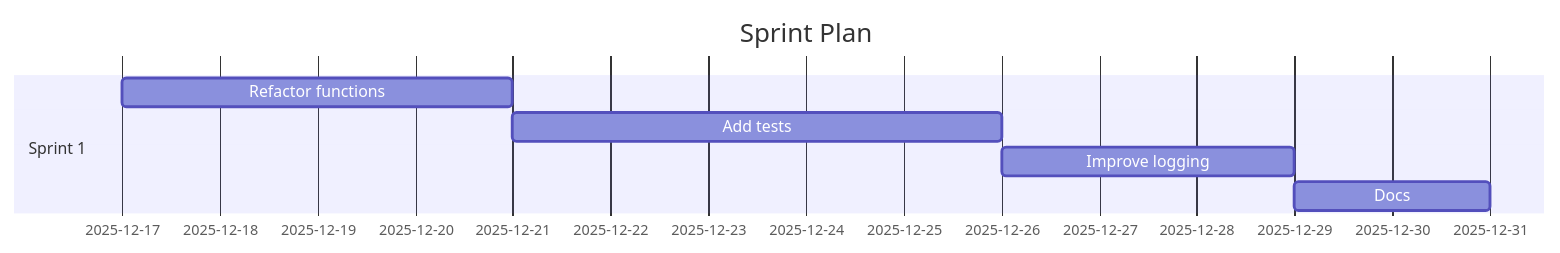
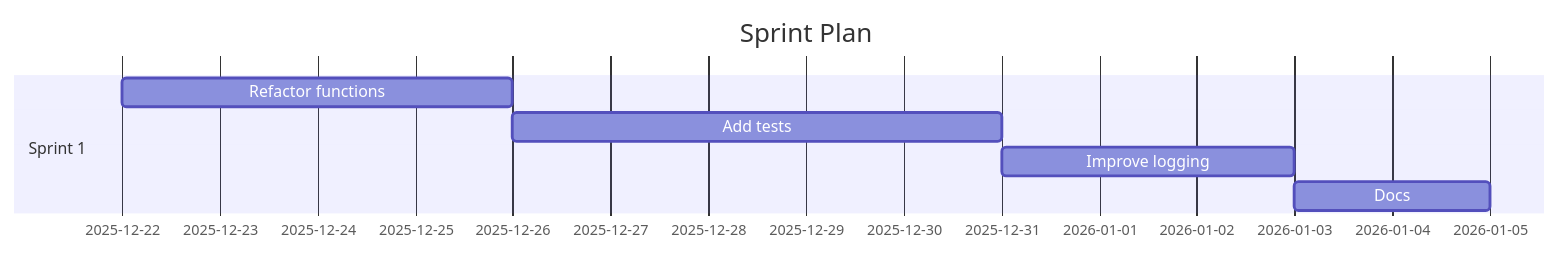
Before and after one commit to Anselmoo/mcp-ai-agent-guidelines: the diagram in demos/demo-code-analysis.sprint.md, drawn with Mermaid. The commit also changed other lines of this file and 20 other files, not shown here.

````diff
--- a/demos/demo-code-analysis.sprint.md
+++ b/demos/demo-code-analysis.sprint.md
@@ -59,11 +59,11 @@
 ```mermaid
 gantt
 	dateFormat  YYYY-MM-DD
 	title Sprint Plan
 %% Accessibility: Title=Project Sprint Plan; Description=Gantt chart of sprints and tasks over time. %%
   section Sprint 1
-  Refactor functions :s1t0, 2025-12-17, 4d
-  Add tests :s1t1, 2025-12-21, 5d
-  Improve logging :s1t2, 2025-12-26, 3d
-  Docs :s1t3, 2025-12-29, 2d
+  Refactor functions :s1t0, 2025-12-22, 4d
+  Add tests :s1t1, 2025-12-26, 5d
+  Improve logging :s1t2, 2025-12-31, 3d
+  Docs :s1t3, 2026-01-03, 2d
 ```
````
